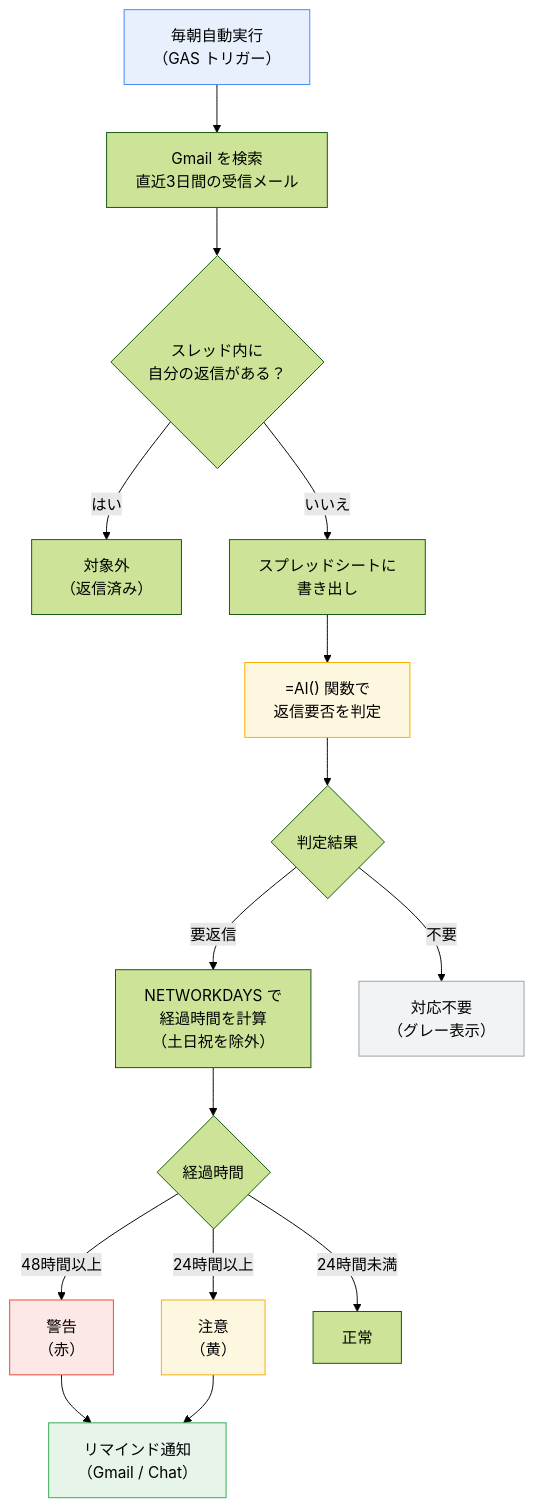
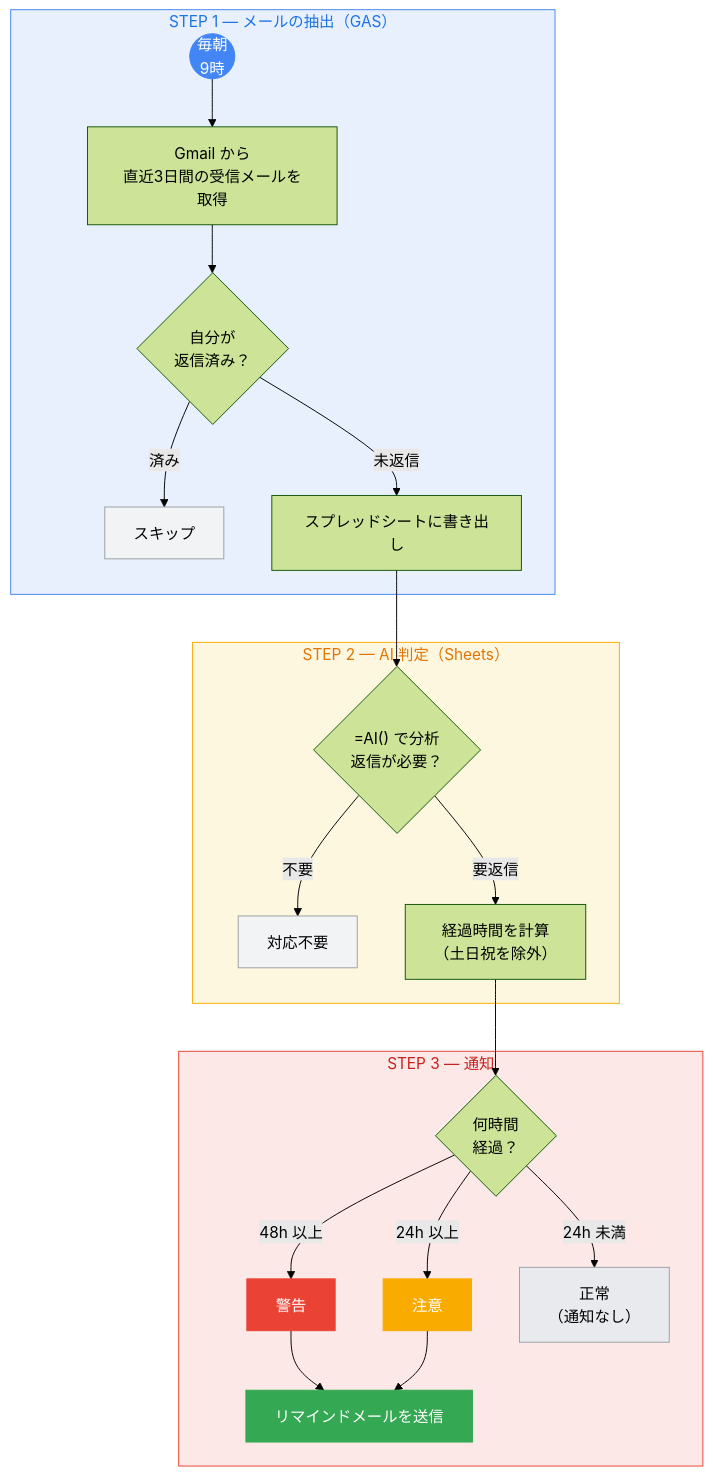
Before and after one commit to devikuomidorikawa/dx-lab: the first of 3 diagrams in src/content/projects/unreplied-email-reminder.md, drawn with Mermaid (forest theme). The commit also changed other lines of this file, not shown here.

First line of the commit message:
refactor: Mermaid図解をよりわかりやすく改善

````diff
--- a/src/content/projects/unreplied-email-reminder.md
+++ b/src/content/projects/unreplied-email-reminder.md
@@ -44,24 +44,35 @@
 ```mermaid
 flowchart TD
-    A["毎朝自動実行\n（GAS トリガー）"] --> B["Gmail を検索\n直近3日間の受信メール"]
-    B --> C{"スレッド内に\n自分の返信がある？"}
-    C -- はい --> D["対象外\n（返信済み）"]
-    C -- いいえ --> E["スプレッドシートに\n書き出し"]
-    E --> F["=AI() 関数で\n返信要否を判定"]
-    F --> G{"判定結果"}
-    G -- 要返信 --> H["NETWORKDAYS で\n経過時間を計算\n（土日祝を除外）"]
-    G -- 不要 --> I["対応不要\n（グレー表示）"]
-    H --> J{"経過時間"}
-    J -- "48時間以上" --> K["警告\n（赤）"]
-    J -- "24時間以上" --> L["注意\n（黄）"]
-    J -- "24時間未満" --> M["正常"]
-    K --> N["リマインド通知\n（Gmail / Chat）"]
-    L --> N
+    subgraph STEP1["STEP 1 &mdash; メールの抽出（GAS）"]
+        A(("毎朝\n9時")) --> B["Gmail から\n直近3日間の受信メールを取得"]
+        B --> C{"自分が\n返信済み？"}
+        C -- "済み" --> D["スキップ"]
+        C -- "未返信" --> E["スプレッドシートに書き出し"]
+    end
 
-    style A fill:#e8f0fe,stroke:#4285f4
-    style F fill:#fef7e0,stroke:#f9ab00
-    style K fill:#fce8e6,stroke:#ea4335
-    style L fill:#fef7e0,stroke:#f9ab00
-    style I fill:#f1f3f4,stroke:#9aa0a6
-    style N fill:#e6f4ea,stroke:#34a853
+    subgraph STEP2["STEP 2 &mdash; AI 判定（Sheets）"]
+        E --> F{"=AI() で分析\n返信が必要？"}
+        F -- "不要" --> G["対応不要"]
+        F -- "要返信" --> H["経過時間を計算\n（土日祝を除外）"]
+    end
+
+    subgraph STEP3["STEP 3 &mdash; 通知"]
+        H --> I{"何時間\n経過？"}
+        I -- "48h 以上" --> J["警告"]
+        I -- "24h 以上" --> K["注意"]
+        I -- "24h 未満" --> L["正常\n（通知なし）"]
+        J --> M["リマインドメールを送信"]
+        K --> M
+    end
+
+    style STEP1 fill:#e8f0fe,stroke:#4285f4,color:#1a73e8
+    style STEP2 fill:#fef7e0,stroke:#f9ab00,color:#e37400
+    style STEP3 fill:#fce8e6,stroke:#ea4335,color:#c5221f
+    style A fill:#4285f4,stroke:#4285f4,color:#fff
+    style D fill:#f1f3f4,stroke:#9aa0a6
+    style G fill:#f1f3f4,stroke:#9aa0a6
+    style J fill:#ea4335,stroke:#ea4335,color:#fff
+    style K fill:#f9ab00,stroke:#f9ab00,color:#fff
+    style L fill:#e8eaed,stroke:#9aa0a6
+    style M fill:#34a853,stroke:#34a853,color:#fff
 ```
````
